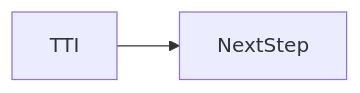
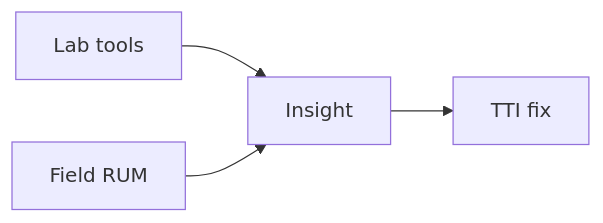
One commit to OmidJavaherii/Frontend-Engineering-Handbook changed the second of 2 diagrams in docs/en/13-performance/tti/index.md. Above: the diagram before and after it, drawn with Mermaid. The commit also changed other lines of this file and 461 other files, not shown here.

````diff
--- a/docs/en/13-performance/tti/index.md
+++ b/docs/en/13-performance/tti/index.md
@@ -94,4 +106,6 @@
 ```mermaid
 flowchart LR
-  concept[TTI] --> nextStep[NextStep]
+  Lab[Lab tools] --> Insight
+  RUM[Field RUM] --> Insight
+  Insight --> Fix[TTI fix]
 ```
````
